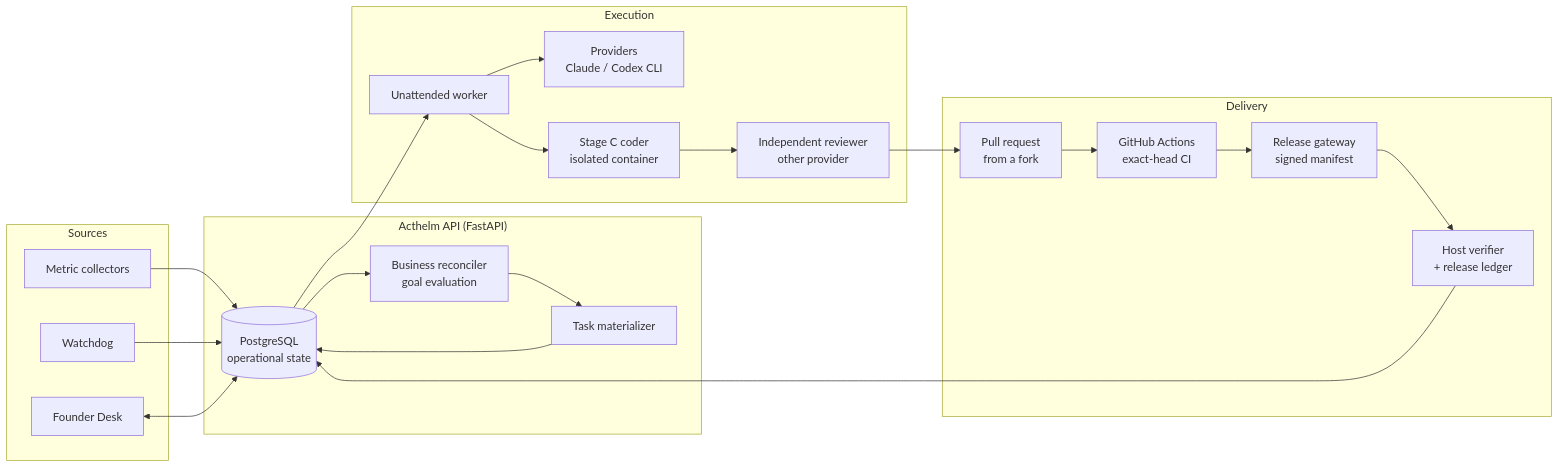
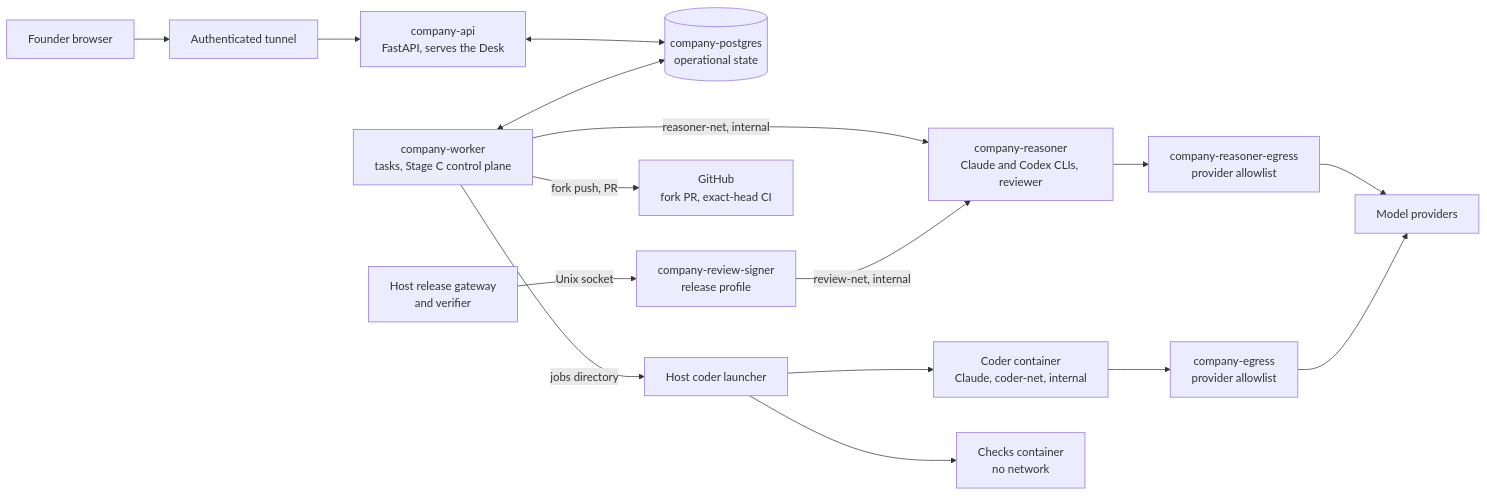
Before and after one commit to Seerxo/Acthelm: the diagram in README.md, drawn with Mermaid. The commit also changed other lines of this file and 5 other files, not shown here.

````diff
--- a/README.md
+++ b/README.md
@@ -66,33 +85,18 @@
 ```mermaid
 flowchart LR
-    subgraph Sources
-        M[Metric collectors] 
-        W[Watchdog]
-        F[Founder Desk]
-    end
-    subgraph Core["Acthelm API (FastAPI)"]
-        DB[(PostgreSQL<br/>operational state)]
-        R[Business reconciler<br/>goal evaluation]
-        T[Task materializer]
-    end
-    subgraph Execution
-        WK[Unattended worker]
-        P[Providers<br/>Claude / Codex CLI]
-        SC[Stage C coder<br/>isolated container]
-        RV[Independent reviewer<br/>other provider]
-    end
-    subgraph Delivery
-        PR[Pull request<br/>from a fork]
-        CI[GitHub Actions<br/>exact-head CI]
-        GW[Release gateway<br/>signed manifest]
-        H[Host verifier<br/>+ release ledger]
-    end
-    M --> DB
-    W --> DB
-    F <--> DB
-    DB --> R --> T --> DB
-    DB --> WK --> P
-    WK --> SC --> RV --> PR --> CI
-    CI --> GW --> H
-    H --> DB
+    founder["Founder browser"] --> tunnel["Authenticated tunnel"]
+    tunnel --> api["company-api<br/>FastAPI, serves the Desk"]
+    api <--> db[("company-postgres<br/>operational state")]
+    worker["company-worker<br/>tasks, Stage C control plane"] <--> db
+    worker -- "reasoner-net, internal" --> reasoner["company-reasoner<br/>Claude and Codex CLIs, reviewer"]
+    reasoner --> regress["company-reasoner-egress<br/>provider allowlist"]
+    regress --> providers["Model providers"]
+    worker -- "jobs directory" --> launcher["Host coder launcher"]
+    launcher --> coder["Coder container<br/>Claude, coder-net, internal"]
+    coder --> cegress["company-egress<br/>provider allowlist"]
+    cegress --> providers
+    launcher --> checks["Checks container<br/>no network"]
+    worker -- "fork push, PR" --> github["GitHub<br/>fork PR, exact-head CI"]
+    signer["company-review-signer<br/>release profile"] -- "review-net, internal" --> reasoner
+    gateway["Host release gateway<br/>and verifier"] -- "Unix socket" --> signer
 ```
````
